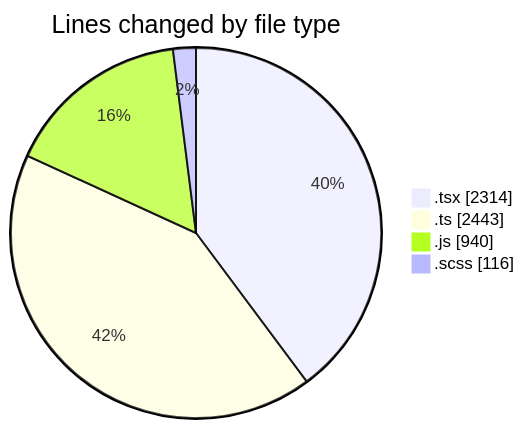
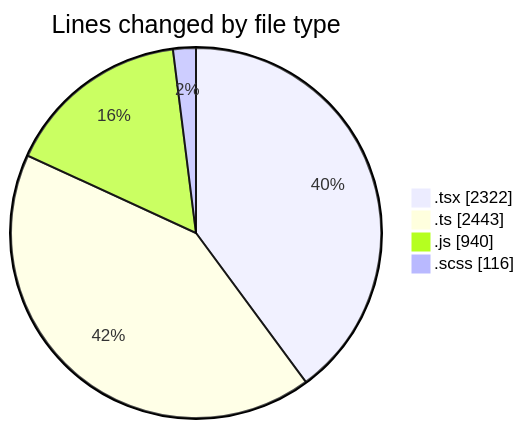
One commit to momahboobian/code-tracking changed the first of 2 diagrams in 2026-07-16/cda/README.md. Above: the diagram before and after it, drawn with Mermaid. The commit also changed other lines of this file and 1 other file, not shown here.

````diff
--- a/2026-07-16/cda/README.md
+++ b/2026-07-16/cda/README.md
@@ -50,8 +50,8 @@
 ```mermaid
 pie showData
 title Lines changed by file type
-".tsx" : 2314
+".tsx" : 2322
 ".ts" : 2443
 ".js" : 940
 ".scss" : 116
 ```
````
